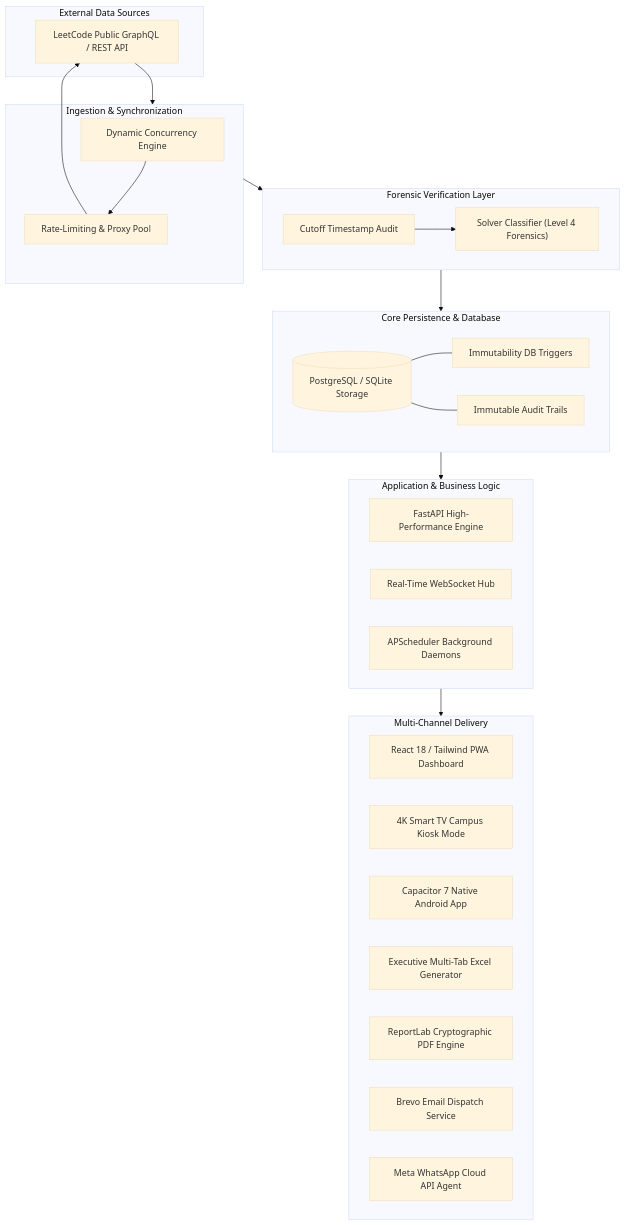
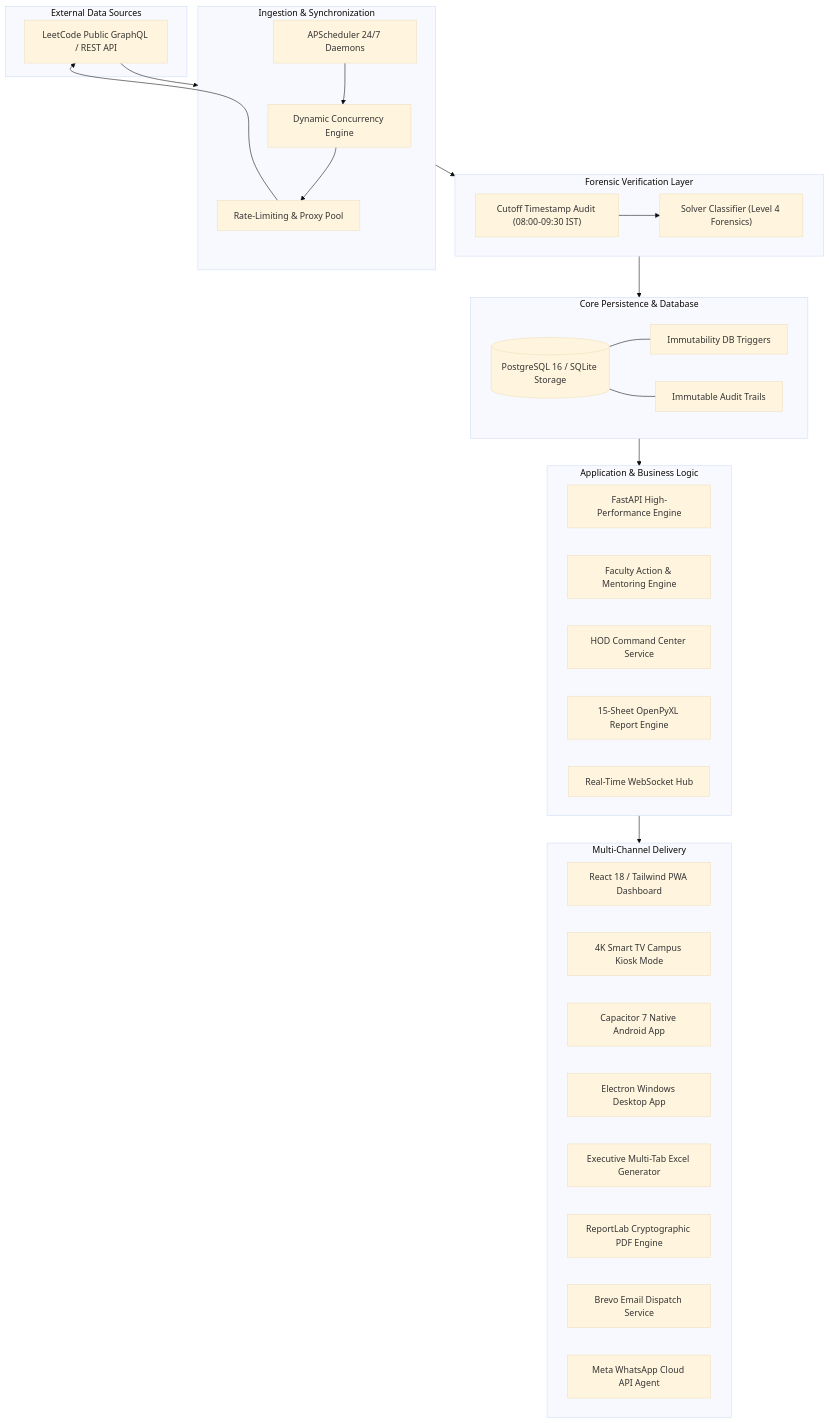
One commit to nanthishvaran17/Leetcodeurl-s changed the diagram in README.md. Above: the diagram before and after it, drawn with Mermaid (base theme). The commit also changed other lines of this file and 1 other file, not shown here.

Commit message:
docs: upgrade README to v4.0.0 Institutional Flagship edition with comprehensive feature matrix and architecture

````diff
--- a/README.md
+++ b/README.md
@@ -234,49 +299,54 @@
 ```mermaid
 flowchart TB
     subgraph External ["External Data Sources"]
         LC["LeetCode Public GraphQL / REST API"]
     end
 
     subgraph Ingestion ["Ingestion & Synchronization"]
         DYN["Dynamic Concurrency Engine"]
         RATE["Rate-Limiting & Proxy Pool"]
+        SCHED["APScheduler 24/7 Daemons"]
         DYN --> RATE
         RATE --> LC
+        SCHED --> DYN
     end
 
     subgraph Verification ["Forensic Verification Layer"]
-        TIME["Cutoff Timestamp Audit"]
+        TIME["Cutoff Timestamp Audit (08:00-09:30 IST)"]
         CLASS["Solver Classifier (Level 4 Forensics)"]
         TIME --> CLASS
     end
 
     subgraph Core ["Core Persistence & Database"]
-        DB[("PostgreSQL / SQLite Storage")]
+        DB[("PostgreSQL 16 / SQLite Storage")]
         TRIG["Immutability DB Triggers"]
         AUDIT["Immutable Audit Trails"]
         DB --- TRIG
         DB --- AUDIT
     end
 
     subgraph Services ["Application & Business Logic"]
         API["FastAPI High-Performance Engine"]
+        FAC["Faculty Action & Mentoring Engine"]
+        HOD["HOD Command Center Service"]
+        REP["15-Sheet OpenPyXL Report Engine"]
         WS["Real-Time WebSocket Hub"]
-        SCHED["APScheduler Background Daemons"]
     end
 
     subgraph Presentation ["Multi-Channel Delivery"]
         WEB["React 18 / Tailwind PWA Dashboard"]
         KIOSK["4K Smart TV Campus Kiosk Mode"]
         APK["Capacitor 7 Native Android App"]
+        EXE["Electron Windows Desktop App"]
         EXCEL["Executive Multi-Tab Excel Generator"]
         PDF["ReportLab Cryptographic PDF Engine"]
         BREVO["Brevo Email Dispatch Service"]
         WA["Meta WhatsApp Cloud API Agent"]
     end
 
     LC --> Ingestion
     Ingestion --> Verification
     Verification --> Core
     Core --> Services
     Services --> Presentation
 ```
````
